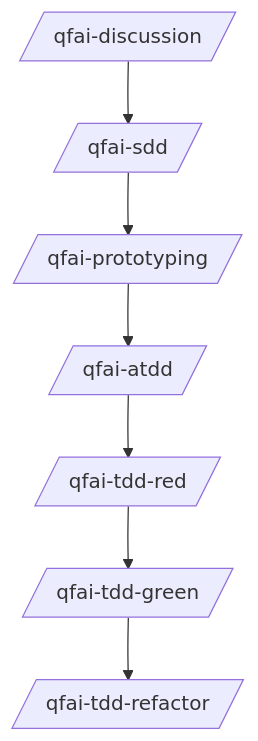
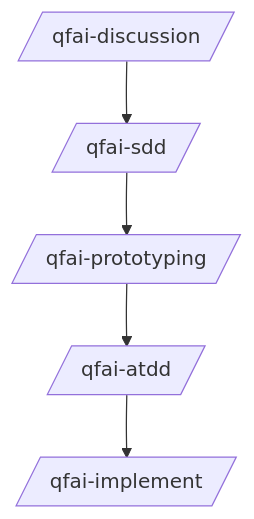
Before and after one commit to aganesy/QFAI: the diagram in .qfai/README.md, drawn with Mermaid. The commit also changed 34 other files, not shown here.

First line of the commit message:
feat: implement spec-0014 qfai-implement unification (v1.6.0)

````diff
--- a/.qfai/README.md
+++ b/.qfai/README.md
@@ -15,9 +15,7 @@
 ```mermaid
 flowchart TD
   A[/qfai-discussion/] --> C[/qfai-sdd/]
   C --> D[/qfai-prototyping/]
   D --> E[/qfai-atdd/]
-  E --> F[/qfai-tdd-red/]
-  F --> G[/qfai-tdd-green/]
-  G --> H[/qfai-tdd-refactor/]
+  E --> F[/qfai-implement/]
 ```
````
